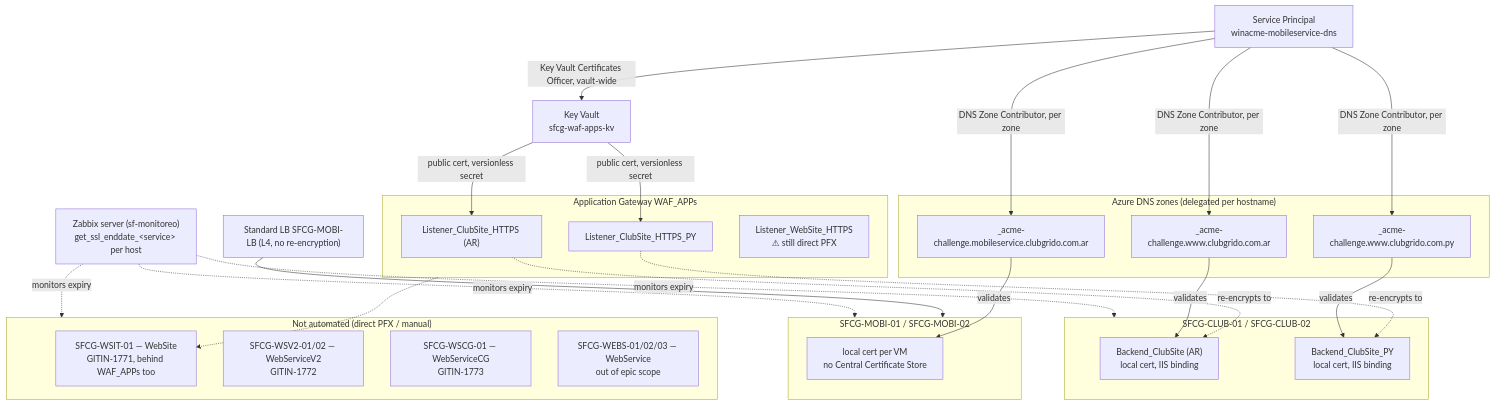
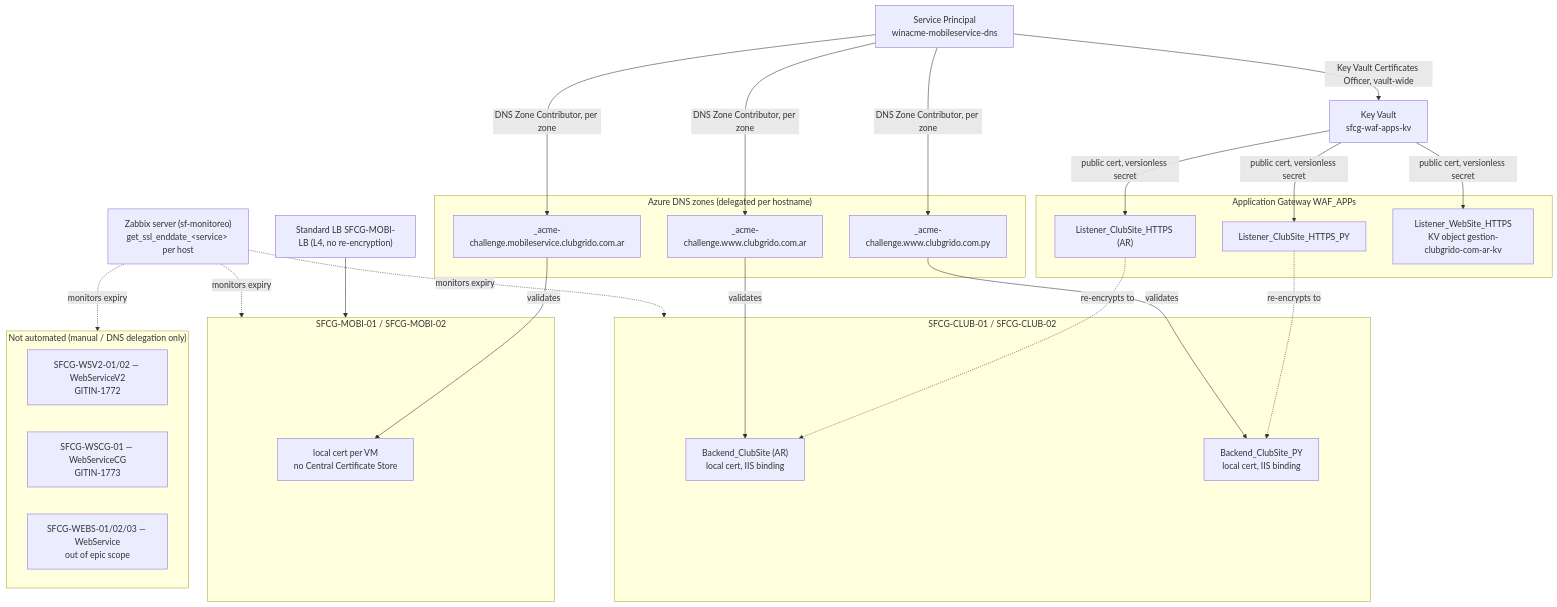
Before and after one commit to danterpaniagua/sf-bot: the diagram in loyalty/docs/certificates.md, drawn with Mermaid. The commit also changed other lines of this file and 58 other files, not shown here.

````diff
--- a/loyalty/docs/certificates.md
+++ b/loyalty/docs/certificates.md
@@ -43,52 +42,51 @@
 ```mermaid
 flowchart TD
     SP["Service Principal<br/>winacme-mobileservice-dns"]
     KV["Key Vault<br/>sfcg-waf-apps-kv"]
     SP -->|Key Vault Certificates Officer, vault-wide| KV
 
     subgraph DNSZones["Azure DNS zones (delegated per hostname)"]
         DNSMOBI["_acme-challenge.mobileservice.clubgrido.com.ar"]
         DNSAR["_acme-challenge.www.clubgrido.com.ar"]
         DNSPY["_acme-challenge.www.clubgrido.com.py"]
     end
     SP -->|DNS Zone Contributor, per zone| DNSMOBI
     SP -->|DNS Zone Contributor, per zone| DNSAR
     SP -->|DNS Zone Contributor, per zone| DNSPY
 
     subgraph GW["Application Gateway WAF_APPs"]
         LAR["Listener_ClubSite_HTTPS (AR)"]
         LPY["Listener_ClubSite_HTTPS_PY"]
-        LWEB["Listener_WebSite_HTTPS<br/>⚠ still direct PFX"]
+        LWEB["Listener_WebSite_HTTPS<br/>KV object gestion-clubgrido-com-ar-kv"]
     end
     KV -->|public cert, versionless secret| LAR
     KV -->|public cert, versionless secret| LPY
+    KV -->|public cert, versionless secret| LWEB
 
     subgraph CLUB["SFCG-CLUB-01 / SFCG-CLUB-02"]
         BEAR["Backend_ClubSite (AR)<br/>local cert, IIS binding"]
         BEPY["Backend_ClubSite_PY<br/>local cert, IIS binding"]
     end
     LAR -.->|re-encrypts to| BEAR
     LPY -.->|re-encrypts to| BEPY
     DNSAR -->|validates| BEAR
     DNSPY -->|validates| BEPY
 
     LB["Standard LB SFCG-MOBI-LB (L4, no re-encryption)"]
     subgraph MOBI["SFCG-MOBI-01 / SFCG-MOBI-02"]
         MOBICERT["local cert per VM<br/>no Central Certificate Store"]
     end
     LB --> MOBI
     DNSMOBI -->|validates| MOBICERT
 
-    subgraph NotStarted["Not automated (direct PFX / manual)"]
-        WSIT["SFCG-WSIT-01 — WebSite<br/>GITIN-1771, behind WAF_APPs too"]
+    subgraph NotStarted["Not automated (manual / DNS delegation only)"]
         WSV2["SFCG-WSV2-01/02 — WebServiceV2<br/>GITIN-1772"]
         WSCG["SFCG-WSCG-01 — WebServiceCG<br/>GITIN-1773"]
         WEBS["SFCG-WEBS-01/02/03 — WebService<br/>out of epic scope"]
     end
-    GW -.-> WSIT
 
     ZBX["Zabbix server (sf-monitoreo)<br/>get_ssl_enddate_&lt;service&gt; per host"]
     ZBX -.monitors expiry.-> MOBI
     ZBX -.monitors expiry.-> CLUB
     ZBX -.monitors expiry.-> NotStarted
 ```
````
